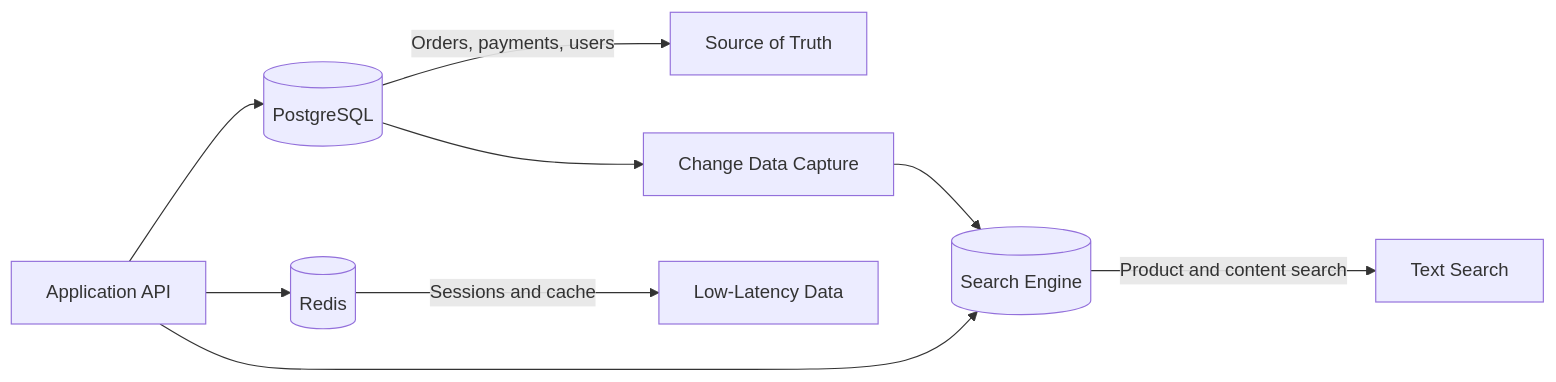
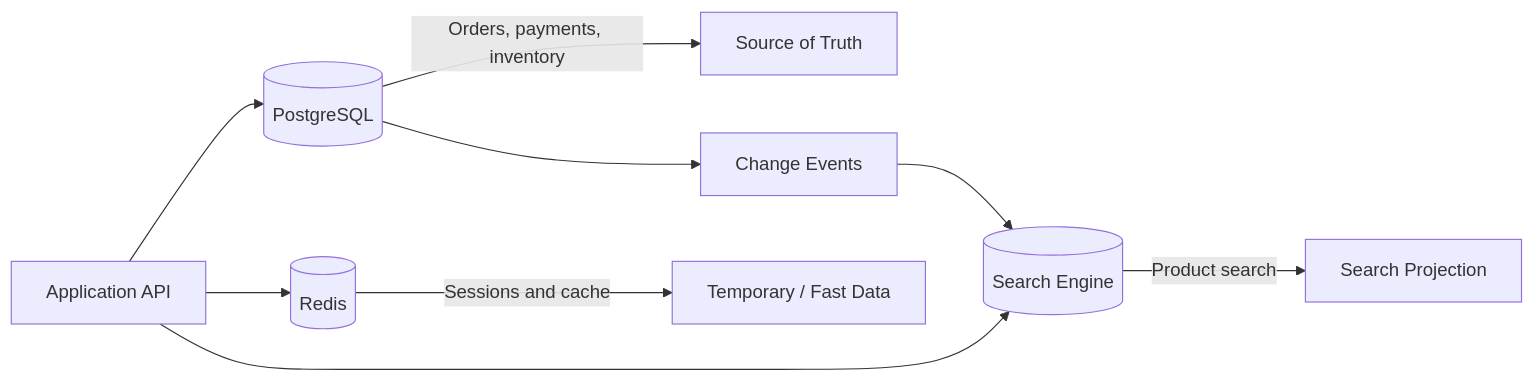
One commit to AvadhBhalodiya/Interview-Preparation changed the third of 3 diagrams in src/content/databases/sql-vs-nosql.md. Above: the diagram before and after it, drawn with Mermaid. The commit also changed other lines of this file and 80 other files, not shown here.

````diff
--- a/src/content/databases/sql-vs-nosql.md
+++ b/src/content/databases/sql-vs-nosql.md
@@ -801,13 +482,13 @@
 ```mermaid
 flowchart LR
     API[Application API] --> PG[(PostgreSQL)]
     API --> REDIS[(Redis)]
     API --> SEARCH[(Search Engine)]
 
-    PG -->|Orders, payments, users| CORE[Source of Truth]
-    REDIS -->|Sessions and cache| FAST[Low-Latency Data]
-    SEARCH -->|Product and content search| QUERY[Text Search]
+    PG -->|Orders, payments, inventory| CORE[Source of Truth]
+    REDIS -->|Sessions and cache| FAST[Temporary / Fast Data]
+    SEARCH -->|Product search| QUERY[Search Projection]
 
-    PG --> CDC[Change Data Capture]
+    PG --> CDC[Change Events]
     CDC --> SEARCH
 ```
````
